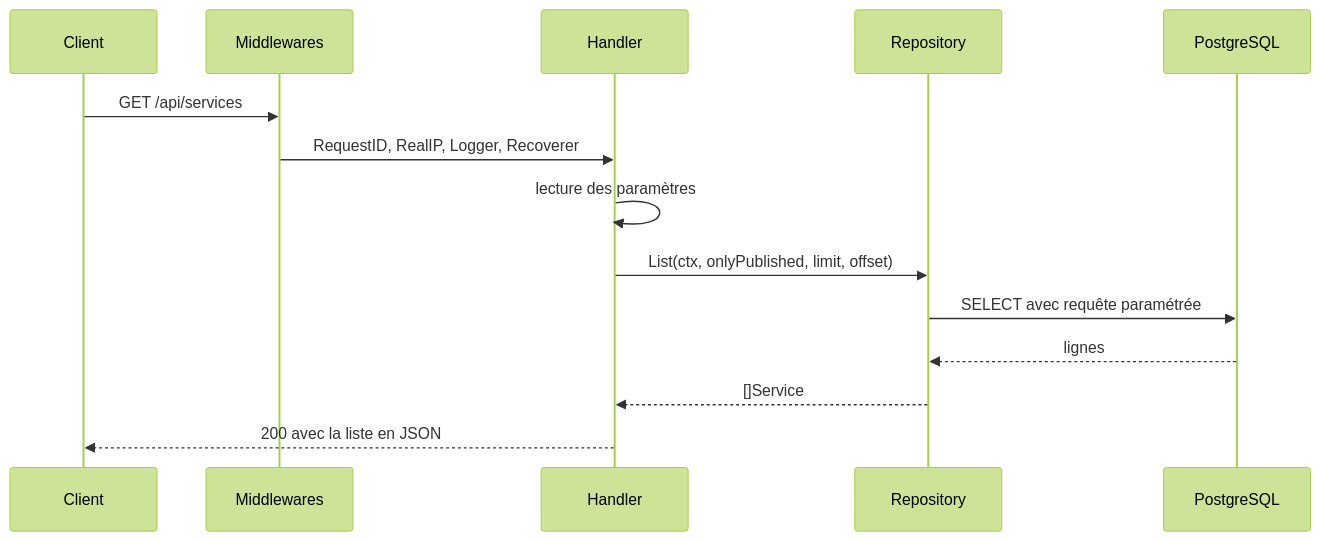
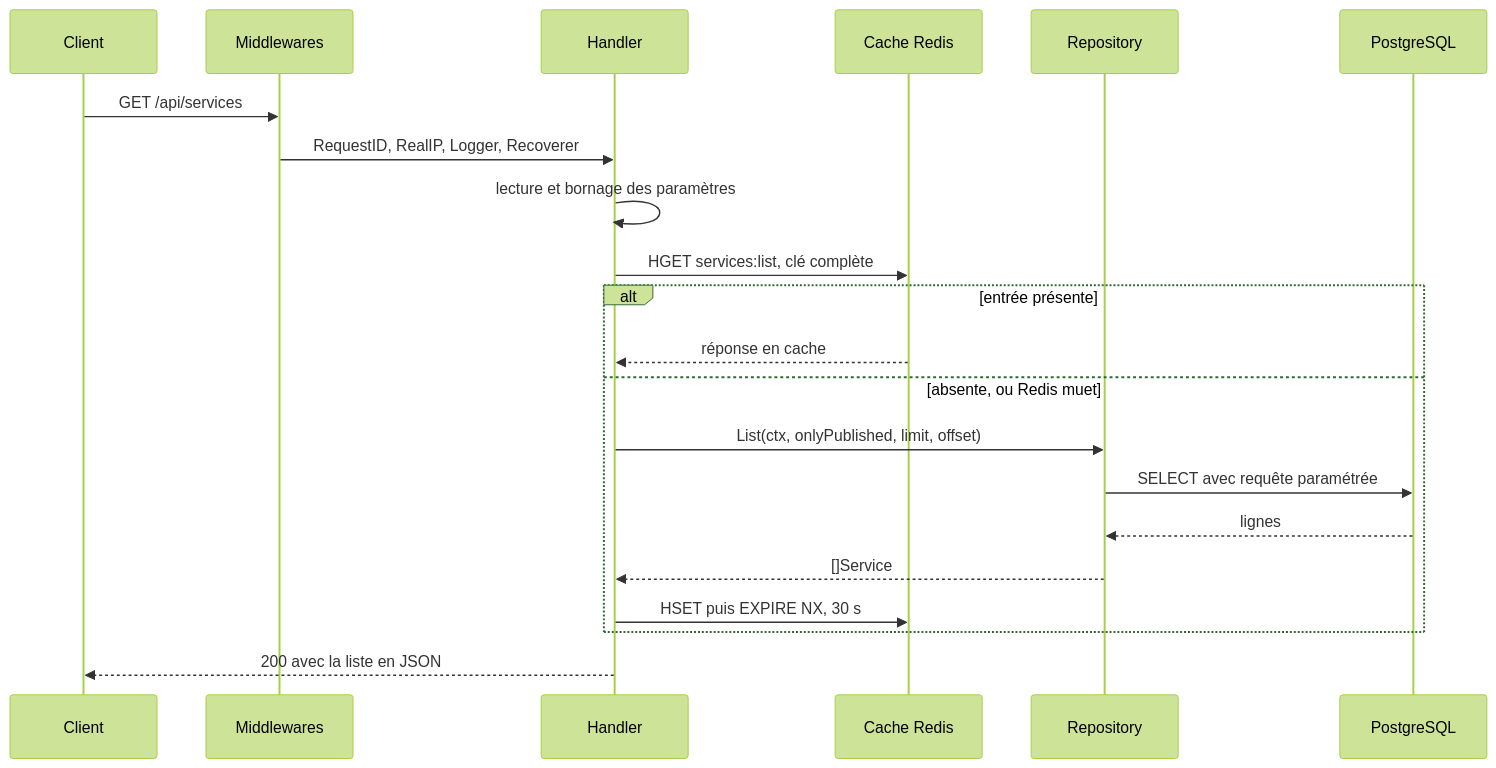
One commit to sofianealhoz/corporate-service-portal changed the third of 3 diagrams in README.md. Above: the diagram before and after it, drawn with Mermaid (forest theme). The commit also changed other lines of this file, not shown here.

````diff
--- a/README.md
+++ b/README.md
@@ -145,17 +184,24 @@
 ```mermaid
 sequenceDiagram
     participant C as Client
     participant M as Middlewares
     participant H as Handler
+    participant K as Cache Redis
     participant R as Repository
     participant DB as PostgreSQL
 
     C->>M: GET /api/services
     M->>H: RequestID, RealIP, Logger, Recoverer
-    H->>H: lecture des paramètres
-    H->>R: List(ctx, onlyPublished, limit, offset)
-    R->>DB: SELECT avec requête paramétrée
-    DB-->>R: lignes
-    R-->>H: []Service
+    H->>H: lecture et bornage des paramètres
+    H->>K: HGET services:list, clé complète
+    alt entrée présente
+        K-->>H: réponse en cache
+    else absente, ou Redis muet
+        H->>R: List(ctx, onlyPublished, limit, offset)
+        R->>DB: SELECT avec requête paramétrée
+        DB-->>R: lignes
+        R-->>H: []Service
+        H->>K: HSET puis EXPIRE NX, 30 s
+    end
     H-->>C: 200 avec la liste en JSON
 ```
````
